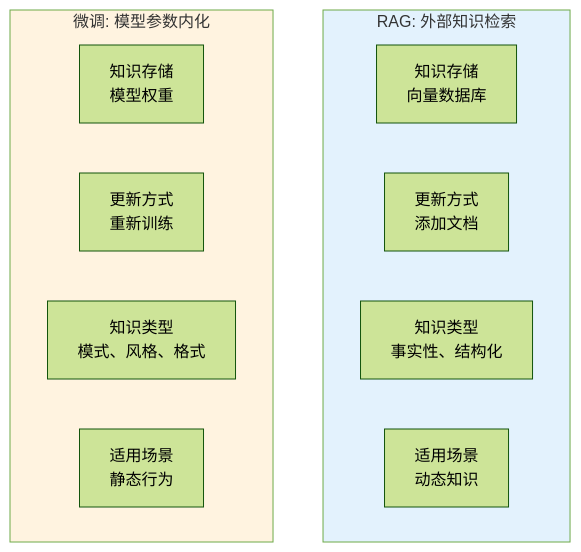
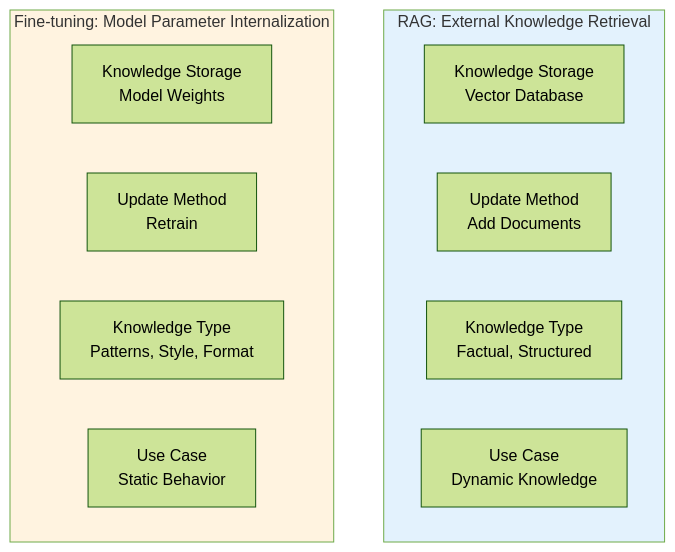
One commit to YiWang24/AiDIY changed the fifth of 15 diagrams in docs/ai/rag/01-introduction.mdx. Above: the diagram before and after it, drawn with Mermaid (forest theme). The commit also changed other lines of this file and 10 other files, not shown here.

First line of the commit message:
docs: enhance RAG documentation and fix Mermaid diagrams

````diff
--- a/docs/ai/rag/01-introduction.mdx
+++ b/docs/ai/rag/01-introduction.mdx
@@ -309,19 +309,19 @@
 ```mermaid
 flowchart TB
-    subgraph RAG["RAG: 外部知识检索"]
-        R1["知识存储<br/>向量数据库"]
-        R2["更新方式<br/>添加文档"]
-        R3["知识类型<br/>事实性、结构化"]
-        R4["适用场景<br/>动态知识"]
+    subgraph RAG["RAG: External Knowledge Retrieval"]
+        R1["Knowledge Storage<br/>Vector Database"]
+        R2["Update Method<br/>Add Documents"]
+        R3["Knowledge Type<br/>Factual, Structured"]
+        R4["Use Case<br/>Dynamic Knowledge"]
     end
 
-    subgraph FT["微调: 模型参数内化"]
-        F1["知识存储<br/>模型权重"]
-        F2["更新方式<br/>重新训练"]
-        F3["知识类型<br/>模式、风格、格式"]
-        F4["适用场景<br/>静态行为"]
+    subgraph FT["Fine-tuning: Model Parameter Internalization"]
+        F1["Knowledge Storage<br/>Model Weights"]
+        F2["Update Method<br/>Retrain"]
+        F3["Knowledge Type<br/>Patterns, Style, Format"]
+        F4["Use Case<br/>Static Behavior"]
     end
 
     style RAG fill:#e3f2fd
     style FT fill:#fff3e0
 ```
````
